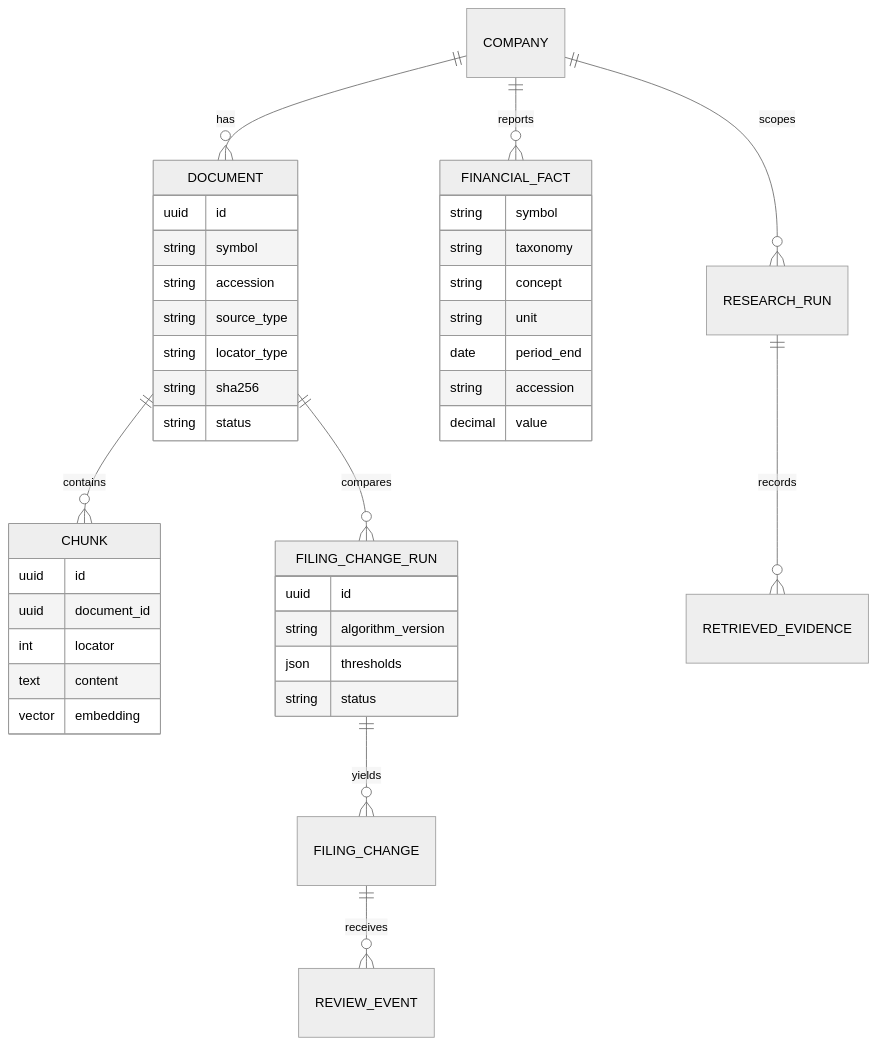
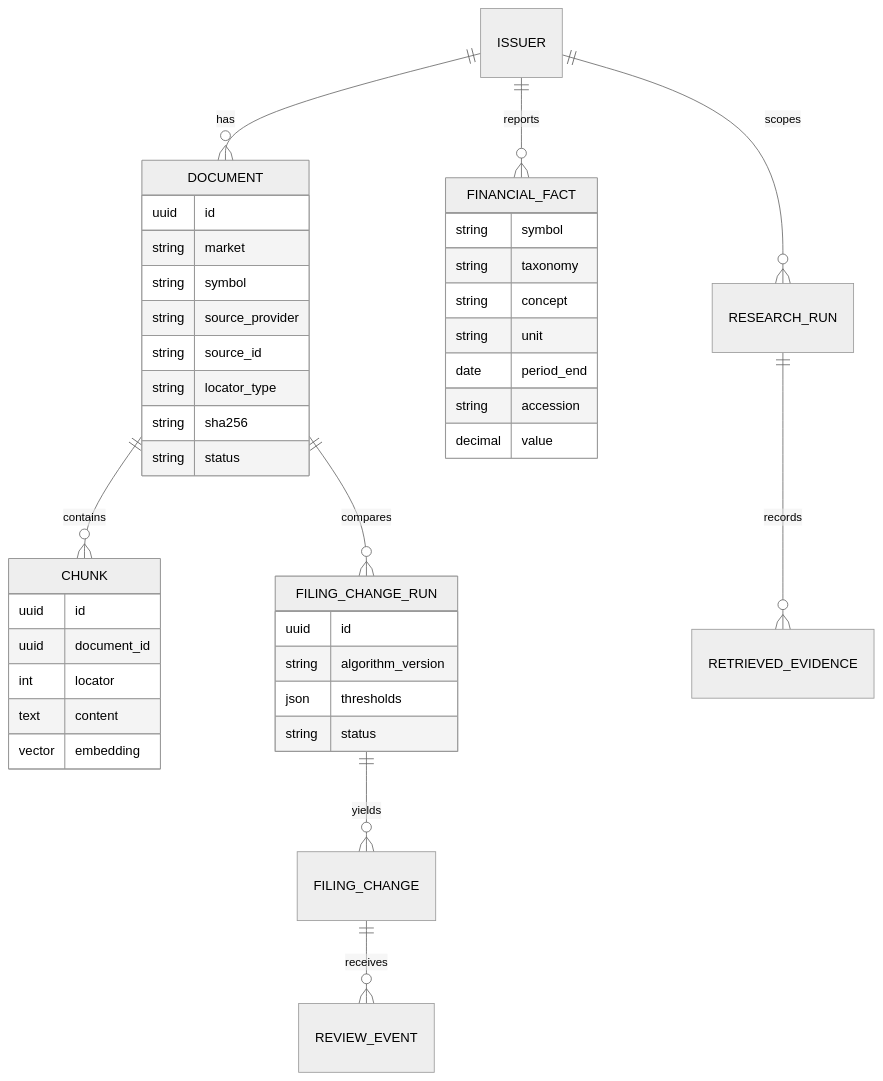
One commit to thisiscatcode/aistockcn changed the second of 3 diagrams in docs/SYSTEM_DESIGN_SPEC.md. Above: the diagram before and after it, drawn with Mermaid (neutral theme). The commit also changed other lines of this file and 66 other files, not shown here.

````diff
--- a/docs/SYSTEM_DESIGN_SPEC.md
+++ b/docs/SYSTEM_DESIGN_SPEC.md
@@ -93,43 +95,44 @@
 ```mermaid
 erDiagram
-    COMPANY ||--o{ DOCUMENT : has
+    ISSUER ||--o{ DOCUMENT : has
     DOCUMENT ||--o{ CHUNK : contains
-    COMPANY ||--o{ FINANCIAL_FACT : reports
-    COMPANY ||--o{ RESEARCH_RUN : scopes
+    ISSUER ||--o{ FINANCIAL_FACT : reports
+    ISSUER ||--o{ RESEARCH_RUN : scopes
     RESEARCH_RUN ||--o{ RETRIEVED_EVIDENCE : records
     DOCUMENT ||--o{ FILING_CHANGE_RUN : compares
     FILING_CHANGE_RUN ||--o{ FILING_CHANGE : yields
     FILING_CHANGE ||--o{ REVIEW_EVENT : receives
 
     DOCUMENT {
       uuid id
+      string market
       string symbol
-      string accession
-      string source_type
+      string source_provider
+      string source_id
       string locator_type
       string sha256
       string status
     }
     CHUNK {
       uuid id
       uuid document_id
       int locator
       text content
       vector embedding
     }
     FINANCIAL_FACT {
       string symbol
       string taxonomy
       string concept
       string unit
       date period_end
       string accession
       decimal value
     }
     FILING_CHANGE_RUN {
       uuid id
       string algorithm_version
       json thresholds
       string status
     }
 ```
````
